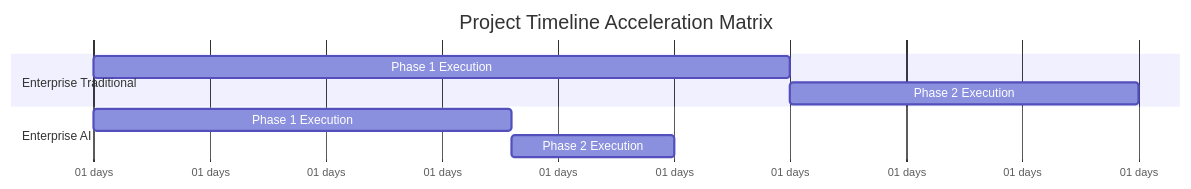
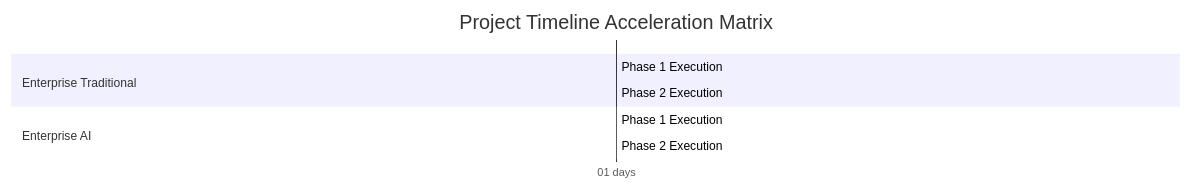
One commit to hainguyen81/ai-scraper changed the second of 3 diagrams in sources/agents/estimation/agent_estimator.prompt.user.md. Above: the diagram before and after it, drawn with Mermaid. The commit also changed other lines of this file, not shown here.

````diff
--- a/sources/agents/estimation/agent_estimator.prompt.user.md
+++ b/sources/agents/estimation/agent_estimator.prompt.user.md
@@ -153,12 +155,12 @@
 ```mermaid
 gantt
 title Project Timeline Acceleration Matrix
 dateFormat X
 axisFormat %d days
 section Enterprise Traditional
-Phase 1 Execution :ent_p1, 0, 30
-Phase 2 Execution :ent_p2, after ent_p1, 45
+Phase 1 Execution :ent_p1, 0, [Insert_Calculated_Days_Int]
+Phase 2 Execution :ent_p2, after ent_p1, [Insert_Calculated_Days_Int]
 section Enterprise AI
-Phase 1 Execution :ent_ai1, 0, 18
-Phase 2 Execution :ent_ai2, after ent_ai1, 25
+Phase 1 Execution :ent_ai1, 0, [Insert_Calculated_Days_Int]
+Phase 2 Execution :ent_ai2, after ent_ai1, [Insert_Calculated_Days_Int]
 ```
````
